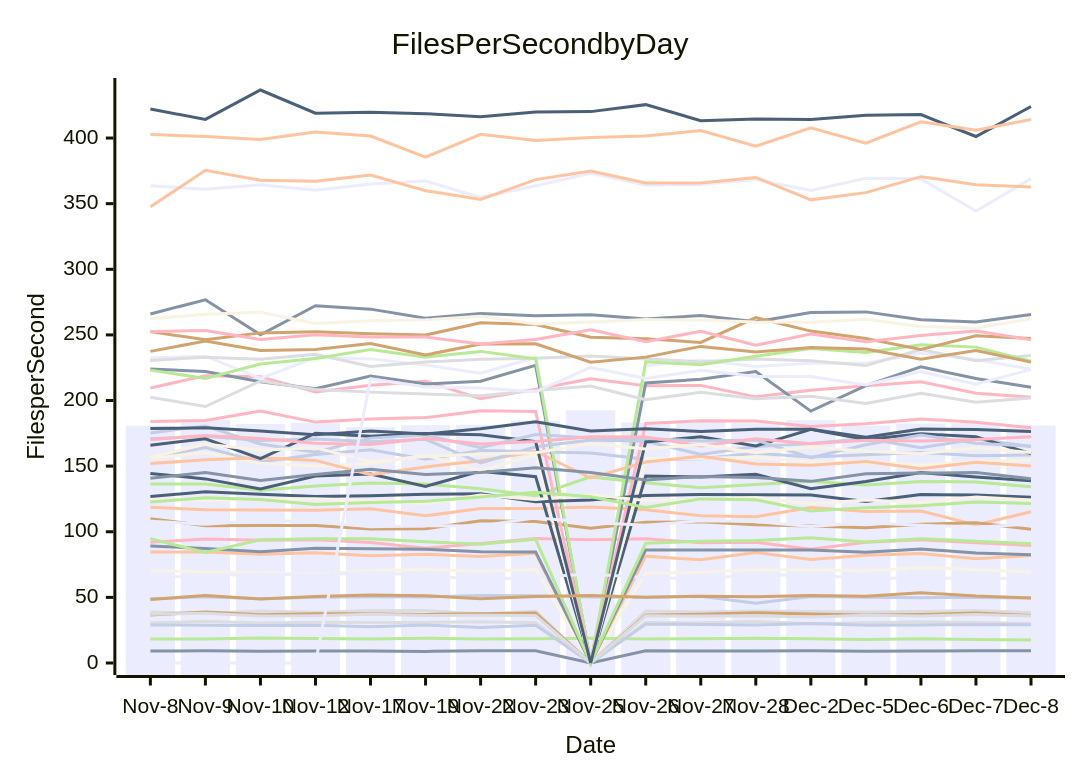
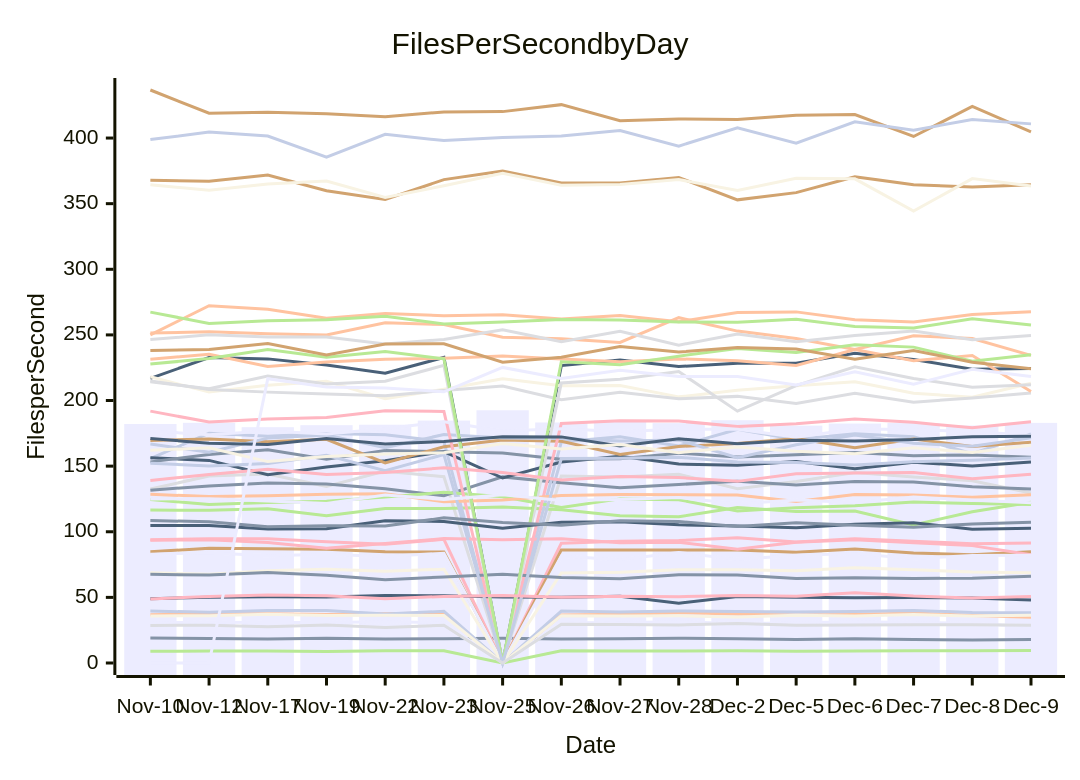
The diagram in perf-report.md (streetsidesoftware/cspell), drawn with Mermaid before and after one commit. The commit also changed other lines of this file and 1 other file, not shown here.

````diff
--- a/perf-report.md
+++ b/perf-report.md
@@ -10,57 +10,57 @@
 ```mermaid
 xychart-beta
     title Files Per Second by Day
     y-axis Files per Second
-    x-axis Date [Nov-8, Nov-9, Nov-10, Nov-12, Nov-17, Nov-19, Nov-22, Nov-23, Nov-25, Nov-26, Nov-27, Nov-28, Dec-2, Dec-5, Dec-6, Dec-7, Dec-8]
-    bar [180.85, 185.26, 182.11, 183.02, 179.67, 181.22, 181.55, 184.70, 192.57, 183.27, 184.75, 182.79, 184.99, 180.86, 182.42, 182.83, 180.95]
-    line [9.19, 9.27, 8.92, 9.14, 9.18, 8.84, 9.32, 9.24, 0.00, 9.27, 9.05, 9.13, 9.38, 8.86, 9.19, 9.24, 9.33]
-    line [118.63, 116.72, 116.49, 116.48, 117.45, 112.12, 117.70, 117.75, 118.80, 116.72, 112.25, 111.37, 118.51, 115.50, 115.87, 105.20, 115.20]
-    line [30.45, 31.85, 30.57, 31.13, 30.89, 30.94, 31.34, 30.76, 0.00, 30.81, 30.58, 31.64, 29.90, 30.63, 31.36, 30.89, 30.17]
-    line [136.40, 136.32, 131.65, 134.94, 137.19, 136.33, 132.82, 127.42, 141.81, 137.38, 133.61, 136.04, 138.47, 135.71, 138.36, 137.92, 134.36]
-    line [109.90, 104.67, 104.85, 104.85, 102.15, 102.24, 108.41, 107.84, 102.72, 107.24, 107.62, 105.35, 104.37, 103.06, 105.64, 106.80, 101.95]
-    line [48.97, 50.50, 48.94, 50.11, 50.42, 50.32, 51.47, 51.26, 50.21, 50.12, 50.94, 45.60, 50.75, 50.03, 49.80, 49.98, 49.59]
-    line [91.93, 94.57, 93.46, 93.94, 91.73, 87.45, 91.05, 94.79, 93.97, 94.67, 91.62, 92.04, 86.62, 91.97, 93.82, 91.60, 89.44]
-    line [144.44, 140.29, 132.61, 142.45, 144.07, 134.61, 146.19, 141.96, 0.00, 142.52, 141.79, 143.85, 132.83, 138.36, 145.16, 141.72, 138.92]
-    line [70.35, 69.51, 68.69, 67.71, 70.32, 71.50, 69.84, 71.46, 0.00, 68.63, 69.18, 70.98, 71.07, 70.27, 72.65, 71.06, 69.32]
-    line [363.56, 361.00, 364.43, 360.15, 365.05, 367.22, 354.80, 363.64, 373.17, 364.09, 364.55, 368.33, 360.08, 369.35, 368.90, 344.39, 369.08]
-    line [265.98, 276.77, 250.02, 272.22, 269.63, 262.78, 266.27, 264.63, 265.39, 262.12, 264.70, 259.96, 267.12, 267.54, 261.60, 259.75, 265.50]
-    line [84.56, 84.50, 82.79, 84.08, 81.67, 82.81, 81.19, 83.62, 0.00, 81.43, 78.64, 84.26, 78.88, 82.13, 83.39, 79.45, 81.95]
-    line [38.81, 37.90, 39.54, 38.73, 39.95, 40.00, 37.29, 39.41, 0.00, 39.61, 38.93, 39.59, 39.21, 38.95, 39.16, 39.98, 38.54]
-    line [18.36, 18.35, 19.12, 18.64, 18.32, 18.95, 18.34, 18.44, 18.84, 18.37, 18.41, 18.93, 18.48, 17.91, 18.52, 17.91, 17.46]
-    line [36.63, 38.88, 36.70, 37.54, 37.45, 37.05, 37.59, 38.10, 0.00, 36.55, 37.13, 38.36, 37.28, 36.55, 36.94, 38.11, 36.16]
-    line [156.12, 164.10, 153.25, 158.83, 162.50, 155.26, 161.99, 161.00, 160.02, 155.33, 155.60, 159.85, 157.03, 158.70, 160.32, 157.97, 158.53]
-    line [209.61, 218.80, 218.08, 206.42, 211.56, 214.70, 201.32, 208.63, 216.56, 211.21, 211.52, 202.80, 207.87, 211.25, 214.29, 205.55, 202.50]
-    line [422.15, 414.20, 436.61, 418.89, 419.72, 418.60, 416.16, 419.91, 420.14, 425.45, 413.25, 414.49, 414.13, 417.32, 417.87, 401.19, 424.05]
-    line [155.90, 160.36, 152.28, 150.06, 152.05, 158.28, 146.52, 158.85, 0.00, 155.81, 155.95, 156.73, 153.23, 152.74, 150.88, 153.33, 154.58]
-    line [232.42, 233.76, 216.82, 232.75, 231.73, 227.11, 220.77, 232.83, 0.00, 226.61, 230.78, 225.94, 228.40, 228.42, 235.98, 231.28, 223.81]
-    line [224.03, 222.14, 214.23, 209.04, 218.60, 212.59, 214.66, 226.79, 0.00, 213.37, 216.21, 222.03, 191.91, 211.40, 225.62, 216.82, 210.15]
-    line [151.98, 154.79, 156.47, 154.38, 143.43, 149.38, 154.11, 161.15, 140.96, 153.09, 157.58, 151.62, 150.61, 153.46, 148.08, 152.95, 150.14]
-    line [230.59, 232.99, 231.54, 235.20, 225.87, 229.42, 231.39, 232.22, 233.95, 231.55, 229.52, 231.73, 230.37, 226.75, 238.77, 230.39, 234.25]
-    line [223.17, 216.85, 227.77, 231.99, 238.91, 233.06, 237.44, 231.81, 0.00, 229.54, 227.35, 233.78, 239.72, 236.67, 242.41, 240.69, 229.87]
-    line [237.46, 245.31, 238.15, 238.92, 243.36, 234.75, 243.01, 243.28, 229.25, 233.06, 241.24, 236.91, 240.36, 239.27, 231.52, 238.08, 229.24]
-    line [28.99, 28.78, 28.56, 28.81, 27.61, 29.00, 27.12, 28.69, 0.00, 29.62, 29.42, 28.97, 30.07, 28.83, 29.04, 29.09, 29.10]
-    line [183.94, 184.74, 191.91, 183.56, 186.00, 187.01, 192.19, 191.67, 0.00, 182.52, 184.50, 184.37, 180.13, 182.27, 185.97, 183.39, 179.18]
-    line [126.84, 130.40, 128.50, 126.86, 127.39, 128.53, 129.02, 122.85, 124.15, 127.61, 128.38, 128.27, 127.96, 123.07, 128.36, 127.97, 126.37]
-    line [124.63, 124.24, 125.03, 125.24, 123.48, 121.57, 127.94, 124.68, 128.18, 123.81, 124.58, 126.05, 121.44, 124.27, 122.27, 126.51, 124.16]
-    line [64.87, 66.76, 67.56, 66.97, 68.98, 66.79, 63.49, 65.54, 67.63, 65.16, 64.17, 67.20, 67.10, 64.34, 65.01, 64.46, 64.51]
-    line [89.12, 87.30, 84.78, 87.41, 87.06, 86.68, 84.68, 84.66, 0.00, 86.16, 86.09, 86.12, 86.10, 84.45, 86.85, 83.80, 82.54]
-    line [347.60, 375.37, 367.87, 367.07, 371.79, 359.89, 353.22, 368.32, 374.93, 365.77, 365.67, 369.95, 352.91, 358.41, 370.56, 364.48, 362.78]
-    line [37.15, 37.84, 35.87, 36.08, 37.20, 36.20, 36.44, 36.12, 0.00, 36.09, 35.82, 35.94, 35.10, 36.40, 35.75, 36.91, 35.78]
-    line [94.75, 84.15, 93.85, 94.70, 94.62, 92.44, 90.51, 94.24, 0.00, 91.28, 92.74, 93.28, 95.50, 92.21, 94.67, 92.84, 90.85]
-    line [252.50, 246.24, 251.54, 252.31, 250.79, 249.89, 259.20, 257.89, 248.21, 247.03, 244.22, 263.12, 252.89, 247.30, 238.91, 249.28, 247.23]
-    line [170.78, 172.83, 169.54, 170.69, 168.51, 170.43, 152.49, 164.76, 169.85, 169.02, 158.91, 164.95, 167.24, 171.12, 163.98, 170.66, 165.03]
-    line [252.48, 253.34, 246.50, 250.04, 248.32, 248.40, 243.10, 246.46, 253.84, 244.86, 252.77, 242.22, 250.75, 244.77, 249.57, 253.00, 246.33]
-    line [165.93, 170.87, 155.75, 175.08, 172.86, 174.82, 173.87, 168.75, 0.00, 168.42, 172.41, 165.34, 178.00, 170.24, 174.62, 172.41, 159.51]
-    line [262.23, 265.71, 267.34, 258.77, 260.78, 261.46, 264.14, 258.29, 259.88, 261.65, 261.27, 259.85, 259.59, 261.91, 256.38, 255.24, 262.31]
-    line [108.04, 105.75, 108.53, 107.61, 103.87, 104.59, 104.39, 110.58, 106.99, 105.01, 108.35, 107.81, 104.02, 106.94, 104.99, 103.46, 105.91]
-    line [140.71, 145.23, 139.03, 143.66, 147.67, 143.64, 145.07, 148.78, 145.20, 139.52, 142.17, 141.34, 138.40, 144.20, 144.71, 145.14, 140.38]
-    line [402.78, 401.18, 398.88, 404.51, 401.52, 385.51, 402.83, 398.10, 400.47, 401.59, 405.72, 393.85, 407.78, 396.11, 412.42, 405.98, 414.20]
-    line [202.50, 195.41, 214.93, 208.44, 206.40, 204.90, 203.63, 207.69, 210.97, 200.63, 206.29, 201.28, 203.16, 197.69, 205.56, 198.75, 201.98]
-    line [122.72, 125.93, 124.62, 120.74, 122.33, 123.30, 126.42, 130.12, 126.69, 118.47, 125.05, 124.39, 115.88, 118.39, 119.81, 122.77, 121.45]
-    line [48.34, 51.40, 48.84, 50.71, 51.87, 51.27, 48.95, 50.74, 51.36, 50.08, 50.94, 50.51, 51.36, 50.85, 53.51, 50.97, 49.51]
-    line [175.33, 180.56, 166.86, 160.67, 171.35, 173.67, 163.99, 174.13, 171.44, 171.10, 169.17, 169.92, 156.42, 166.33, 173.70, 167.47, 165.08]
-    line [170.15, 173.41, 171.14, 167.37, 166.50, 171.04, 166.81, 168.79, 172.43, 172.30, 165.40, 170.85, 167.09, 169.78, 169.21, 170.29, 172.44]
-    line [178.68, 179.16, 176.80, 173.86, 176.80, 174.52, 178.44, 183.84, 176.75, 178.41, 176.49, 178.04, 178.10, 172.07, 178.26, 177.85, 176.41]
-    line [156.54, 166.82, 162.10, 163.95, 153.46, 157.33, 159.29, 160.15, 167.27, 163.00, 166.53, 160.28, 164.60, 161.29, 159.50, 164.08, 160.40]
-    line [0.00, 0.00, 0.00, 0.00, 216.65, 210.39, 209.57, 206.62, 225.23, 216.74, 223.01, 218.30, 218.24, 211.89, 221.99, 212.41, 223.76]
+    x-axis Date [Nov-10, Nov-12, Nov-17, Nov-19, Nov-22, Nov-23, Nov-25, Nov-26, Nov-27, Nov-28, Dec-2, Dec-5, Dec-6, Dec-7, Dec-8, Dec-9]
+    bar [182.11, 183.02, 179.67, 181.22, 181.55, 184.70, 192.57, 183.27, 184.75, 182.79, 184.99, 180.86, 182.42, 182.83, 180.95, 182.95]
+    line [19.12, 18.64, 18.32, 18.95, 18.34, 18.44, 18.84, 18.37, 18.41, 18.93, 18.48, 17.91, 18.52, 17.91, 17.46, 17.89]
+    line [36.70, 37.54, 37.45, 37.05, 37.59, 38.10, 0.00, 36.55, 37.13, 38.36, 37.28, 36.55, 36.94, 38.11, 36.16, 34.90]
+    line [132.61, 142.45, 144.07, 134.61, 146.19, 141.96, 0.00, 142.52, 141.79, 143.85, 132.83, 138.36, 145.16, 141.72, 138.92, 129.58]
+    line [116.49, 116.48, 117.45, 112.12, 117.70, 117.75, 118.80, 116.72, 112.25, 111.37, 118.51, 115.50, 115.87, 105.20, 115.20, 122.48]
+    line [436.61, 418.89, 419.72, 418.60, 416.16, 419.91, 420.14, 425.45, 413.25, 414.49, 414.13, 417.32, 417.87, 401.19, 424.05, 404.78]
+    line [39.54, 38.73, 39.95, 40.00, 37.29, 39.41, 0.00, 39.61, 38.93, 39.59, 39.21, 38.95, 39.16, 39.98, 38.54, 38.36]
+    line [93.85, 94.70, 94.62, 92.44, 90.51, 94.24, 0.00, 91.28, 92.74, 93.28, 95.50, 92.21, 94.67, 92.84, 90.85, 91.43]
+    line [216.82, 232.75, 231.73, 227.11, 220.77, 232.83, 0.00, 226.61, 230.78, 225.94, 228.40, 228.42, 235.98, 231.28, 223.81, 224.38]
+    line [218.08, 206.42, 211.56, 214.70, 201.32, 208.63, 216.56, 211.21, 211.52, 202.80, 207.87, 211.25, 214.29, 205.55, 202.50, 213.14]
+    line [30.57, 31.13, 30.89, 30.94, 31.34, 30.76, 0.00, 30.81, 30.58, 31.64, 29.90, 30.63, 31.36, 30.89, 30.17, 27.90]
+    line [131.65, 134.94, 137.19, 136.33, 132.82, 127.42, 141.81, 137.38, 133.61, 136.04, 138.47, 135.71, 138.36, 137.92, 134.36, 132.66]
+    line [251.54, 252.31, 250.79, 249.89, 259.20, 257.89, 248.21, 247.03, 244.22, 263.12, 252.89, 247.30, 238.91, 249.28, 247.23, 234.36]
+    line [214.93, 208.44, 206.40, 204.90, 203.63, 207.69, 210.97, 200.63, 206.29, 201.28, 203.16, 197.69, 205.56, 198.75, 201.98, 205.78]
+    line [8.92, 9.14, 9.18, 8.84, 9.32, 9.24, 0.00, 9.27, 9.05, 9.13, 9.38, 8.86, 9.19, 9.24, 9.33, 9.47]
+    line [84.78, 87.41, 87.06, 86.68, 84.68, 84.66, 0.00, 86.16, 86.09, 86.12, 86.10, 84.45, 86.85, 83.80, 82.54, 84.79]
+    line [155.75, 175.08, 172.86, 174.82, 173.87, 168.75, 0.00, 168.42, 172.41, 165.34, 178.00, 170.24, 174.62, 172.41, 159.51, 174.62]
+    line [93.46, 93.94, 91.73, 87.45, 91.05, 94.79, 93.97, 94.67, 91.62, 92.04, 86.62, 91.97, 93.82, 91.60, 89.44, 82.46]
+    line [156.47, 154.38, 143.43, 149.38, 154.11, 161.15, 140.96, 153.09, 157.58, 151.62, 150.61, 153.46, 148.08, 152.95, 150.14, 153.13]
+    line [35.87, 36.08, 37.20, 36.20, 36.44, 36.12, 0.00, 36.09, 35.82, 35.94, 35.10, 36.40, 35.75, 36.91, 35.78, 36.33]
+    line [82.79, 84.08, 81.67, 82.81, 81.19, 83.62, 0.00, 81.43, 78.64, 84.26, 78.88, 82.13, 83.39, 79.45, 81.95, 82.06]
+    line [153.25, 158.83, 162.50, 155.26, 161.99, 161.00, 160.02, 155.33, 155.60, 159.85, 157.03, 158.70, 160.32, 157.97, 158.53, 156.72]
+    line [231.54, 235.20, 225.87, 229.42, 231.39, 232.22, 233.95, 231.55, 229.52, 231.73, 230.37, 226.75, 238.77, 230.39, 234.25, 206.87]
+    line [246.50, 250.04, 248.32, 248.40, 243.10, 246.46, 253.84, 244.86, 252.77, 242.22, 250.75, 244.77, 249.57, 253.00, 246.33, 249.46]
+    line [124.62, 120.74, 122.33, 123.30, 126.42, 130.12, 126.69, 118.47, 125.05, 124.39, 115.88, 118.39, 119.81, 122.77, 121.45, 120.76]
+    line [169.54, 170.69, 168.51, 170.43, 152.49, 164.76, 169.85, 169.02, 158.91, 164.95, 167.24, 171.12, 163.98, 170.66, 165.03, 168.12]
+    line [166.86, 160.67, 171.35, 173.67, 163.99, 174.13, 171.44, 171.10, 169.17, 169.92, 156.42, 166.33, 173.70, 167.47, 165.08, 171.54]
+    line [191.91, 183.56, 186.00, 187.01, 192.19, 191.67, 0.00, 182.52, 184.50, 184.37, 180.13, 182.27, 185.97, 183.39, 179.18, 183.86]
+    line [48.94, 50.11, 50.42, 50.32, 51.47, 51.26, 50.21, 50.12, 50.94, 45.60, 50.75, 50.03, 49.80, 49.98, 49.59, 47.97]
+    line [68.69, 67.71, 70.32, 71.50, 69.84, 71.46, 0.00, 68.63, 69.18, 70.98, 71.07, 70.27, 72.65, 71.06, 69.32, 68.69]
+    line [176.80, 173.86, 176.80, 174.52, 178.44, 183.84, 176.75, 178.41, 176.49, 178.04, 178.10, 172.07, 178.26, 177.85, 176.41, 173.41]
+    line [67.56, 66.97, 68.98, 66.79, 63.49, 65.54, 67.63, 65.16, 64.17, 67.20, 67.10, 64.34, 65.01, 64.46, 64.51, 66.15]
+    line [128.50, 126.86, 127.39, 128.53, 129.02, 122.85, 124.15, 127.61, 128.38, 128.27, 127.96, 123.07, 128.36, 127.97, 126.37, 128.11]
+    line [214.23, 209.04, 218.60, 212.59, 214.66, 226.79, 0.00, 213.37, 216.21, 222.03, 191.91, 211.40, 225.62, 216.82, 210.15, 212.06]
+    line [227.77, 231.99, 238.91, 233.06, 237.44, 231.81, 0.00, 229.54, 227.35, 233.78, 239.72, 236.67, 242.41, 240.69, 229.87, 234.86]
+    line [367.87, 367.07, 371.79, 359.89, 353.22, 368.32, 374.93, 365.77, 365.67, 369.95, 352.91, 358.41, 370.56, 364.48, 362.78, 364.44]
+    line [152.28, 150.06, 152.05, 158.28, 146.52, 158.85, 0.00, 155.81, 155.95, 156.73, 153.23, 152.74, 150.88, 153.33, 154.58, 156.25]
+    line [139.03, 143.66, 147.67, 143.64, 145.07, 148.78, 145.20, 139.52, 142.17, 141.34, 138.40, 144.20, 144.71, 145.14, 140.38, 143.82]
+    line [104.85, 104.85, 102.15, 102.24, 108.41, 107.84, 102.72, 107.24, 107.62, 105.35, 104.37, 103.06, 105.64, 106.80, 101.95, 102.69]
+    line [364.43, 360.15, 365.05, 367.22, 354.80, 363.64, 373.17, 364.09, 364.55, 368.33, 360.08, 369.35, 368.90, 344.39, 369.08, 363.46]
+    line [125.03, 125.24, 123.48, 121.57, 127.94, 124.68, 128.18, 123.81, 124.58, 126.05, 121.44, 124.27, 122.27, 126.51, 124.16, 122.14]
+    line [108.53, 107.61, 103.87, 104.59, 104.39, 110.58, 106.99, 105.01, 108.35, 107.81, 104.02, 106.94, 104.99, 103.46, 105.91, 107.21]
+    line [250.02, 272.22, 269.63, 262.78, 266.27, 264.63, 265.39, 262.12, 264.70, 259.96, 267.12, 267.54, 261.60, 259.75, 265.50, 267.60]
+    line [28.56, 28.81, 27.61, 29.00, 27.12, 28.69, 0.00, 29.62, 29.42, 28.97, 30.07, 28.83, 29.04, 29.09, 29.10, 28.75]
+    line [267.34, 258.77, 260.78, 261.46, 264.14, 258.29, 259.88, 261.65, 261.27, 259.85, 259.59, 261.91, 256.38, 255.24, 262.31, 257.60]
+    line [238.15, 238.92, 243.36, 234.75, 243.01, 243.28, 229.25, 233.06, 241.24, 236.91, 240.36, 239.27, 231.52, 238.08, 229.24, 224.19]
+    line [398.88, 404.51, 401.52, 385.51, 402.83, 398.10, 400.47, 401.59, 405.72, 393.85, 407.78, 396.11, 412.42, 405.98, 414.20, 410.80]
+    line [48.84, 50.71, 51.87, 51.27, 48.95, 50.74, 51.36, 50.08, 50.94, 50.51, 51.36, 50.85, 53.51, 50.97, 49.51, 50.73]
+    line [171.14, 167.37, 166.50, 171.04, 166.81, 168.79, 172.43, 172.30, 165.40, 170.85, 167.09, 169.78, 169.21, 170.29, 172.44, 172.82]
+    line [162.10, 163.95, 153.46, 157.33, 159.29, 160.15, 167.27, 163.00, 166.53, 160.28, 164.60, 161.29, 159.50, 164.08, 160.40, 166.00]
+    line [0.00, 0.00, 216.65, 210.39, 209.57, 206.62, 225.23, 216.74, 223.01, 218.30, 218.24, 211.89, 221.99, 212.41, 223.76, 218.34]
 ```
````
